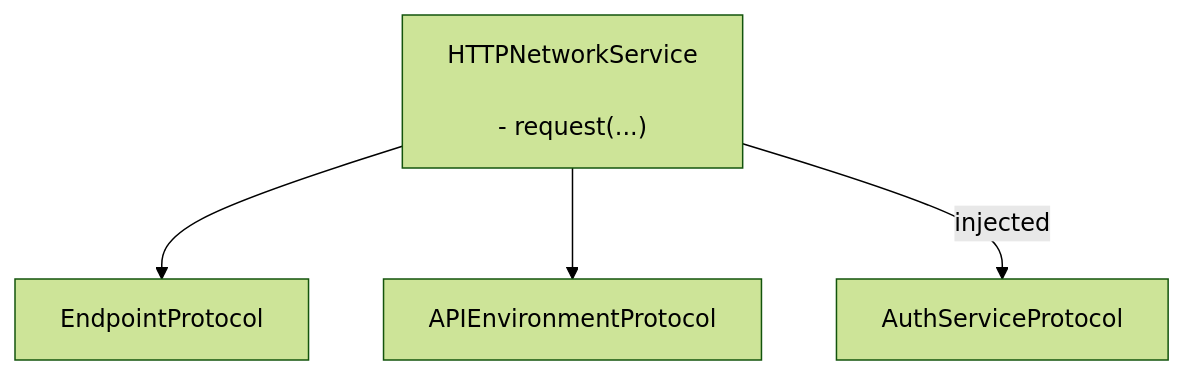
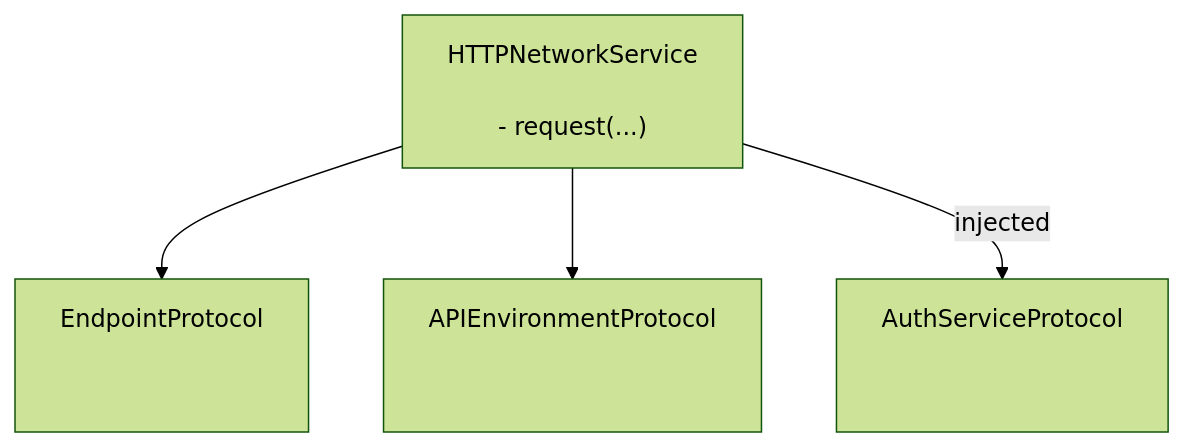
The first of 2 diagrams in README.md (gentle-giraffe-apps/GentleNetworking), drawn with Mermaid (forest theme) before and after one commit.

````diff
--- a/README.md
+++ b/README.md
@@ -44,19 +44,12 @@
 ```mermaid
 flowchart TB
     HTTP["HTTPNetworkService<br/><br/>- request(...)"]
 
-    Endpoint["EndpointProtocol"]
-    Env["APIEnvironmentProtocol"]
-    Auth["AuthServiceProtocol"]
+    Endpoint["EndpointProtocol<br/><br/><br/>"]
+    Env["APIEnvironmentProtocol<br/><br/><br/>"]
+    Auth["AuthServiceProtocol<br/><br/><br/>"]
 
     HTTP --> Endpoint
     HTTP --> Env
     HTTP -->|injected| Auth
-
-    %% --- invisible bottom padding ---
-    Pad1["."]
-    Pad2["."]
-
-    style Pad1 fill:transparent,stroke:transparent,color:transparent
-    style Pad2 fill:transparent,stroke:transparent,color:transparent
 ```
````
